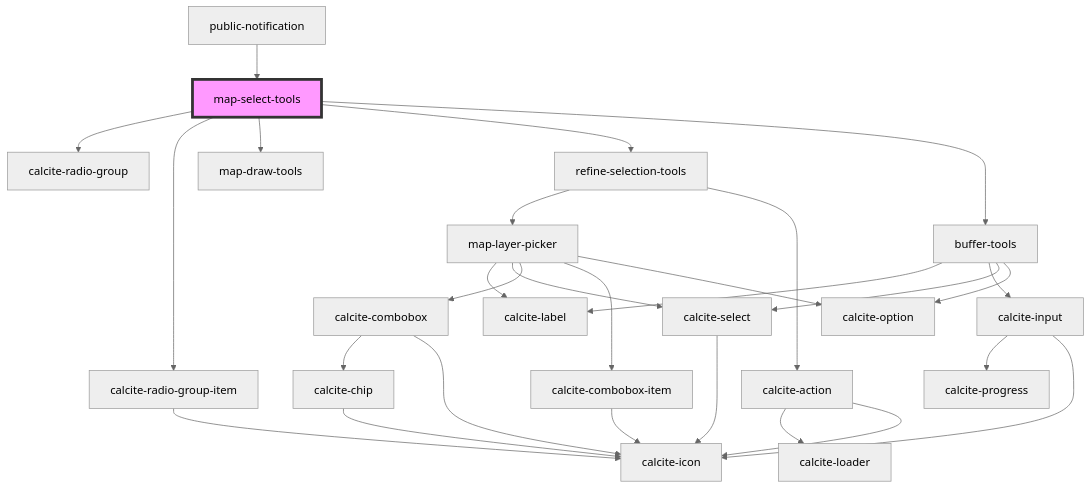
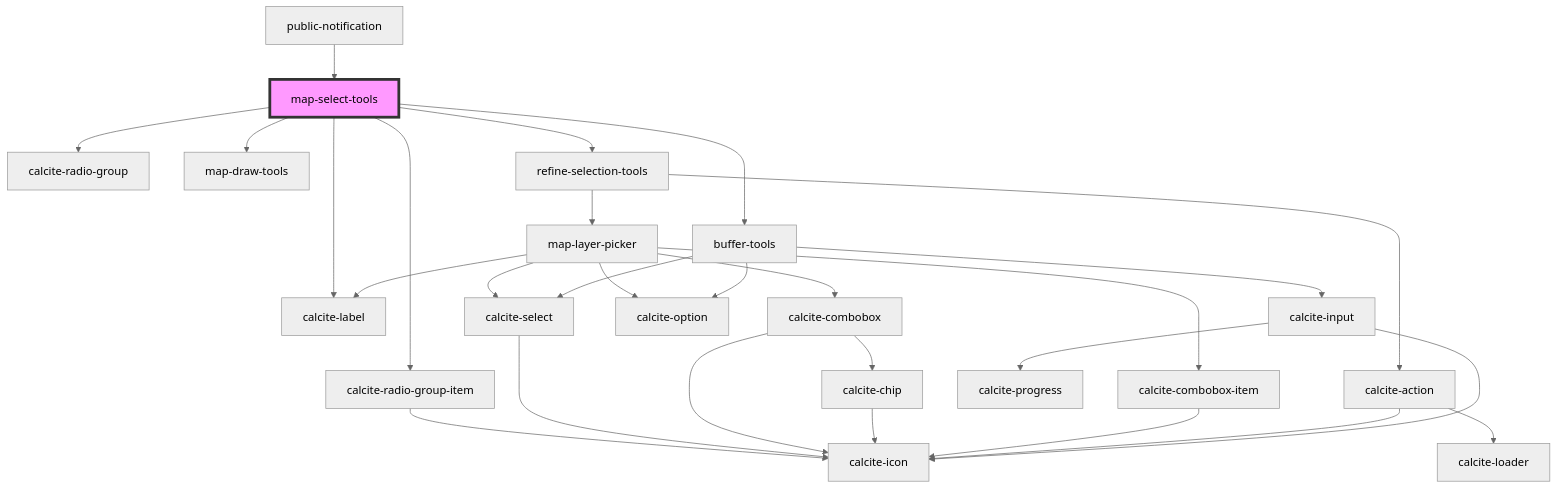
One commit to Esri/solutions-components changed the diagram in src/components/map-select-tools/readme.md. Above: the diagram before and after it, drawn with Mermaid (neutral theme). The commit also changed other lines of this file and 10 other files, not shown here.

Commit message:
remove forced label in buffer tools

````diff
--- a/src/components/map-select-tools/readme.md
+++ b/src/components/map-select-tools/readme.md
@@ -95,31 +96,31 @@
 ```mermaid
 graph TD;
   map-select-tools --> calcite-radio-group
   map-select-tools --> calcite-radio-group-item
   map-select-tools --> map-draw-tools
   map-select-tools --> refine-selection-tools
+  map-select-tools --> calcite-label
   map-select-tools --> buffer-tools
   calcite-radio-group-item --> calcite-icon
   refine-selection-tools --> map-layer-picker
   refine-selection-tools --> calcite-action
   map-layer-picker --> calcite-label
   map-layer-picker --> calcite-select
   map-layer-picker --> calcite-combobox
   map-layer-picker --> calcite-combobox-item
   map-layer-picker --> calcite-option
   calcite-select --> calcite-icon
   calcite-combobox --> calcite-chip
   calcite-combobox --> calcite-icon
   calcite-chip --> calcite-icon
   calcite-combobox-item --> calcite-icon
   calcite-action --> calcite-loader
   calcite-action --> calcite-icon
-  buffer-tools --> calcite-label
   buffer-tools --> calcite-input
   buffer-tools --> calcite-select
   buffer-tools --> calcite-option
   calcite-input --> calcite-progress
   calcite-input --> calcite-icon
   public-notification --> map-select-tools
   style map-select-tools fill:#f9f,stroke:#333,stroke-width:4px
 ```
````
